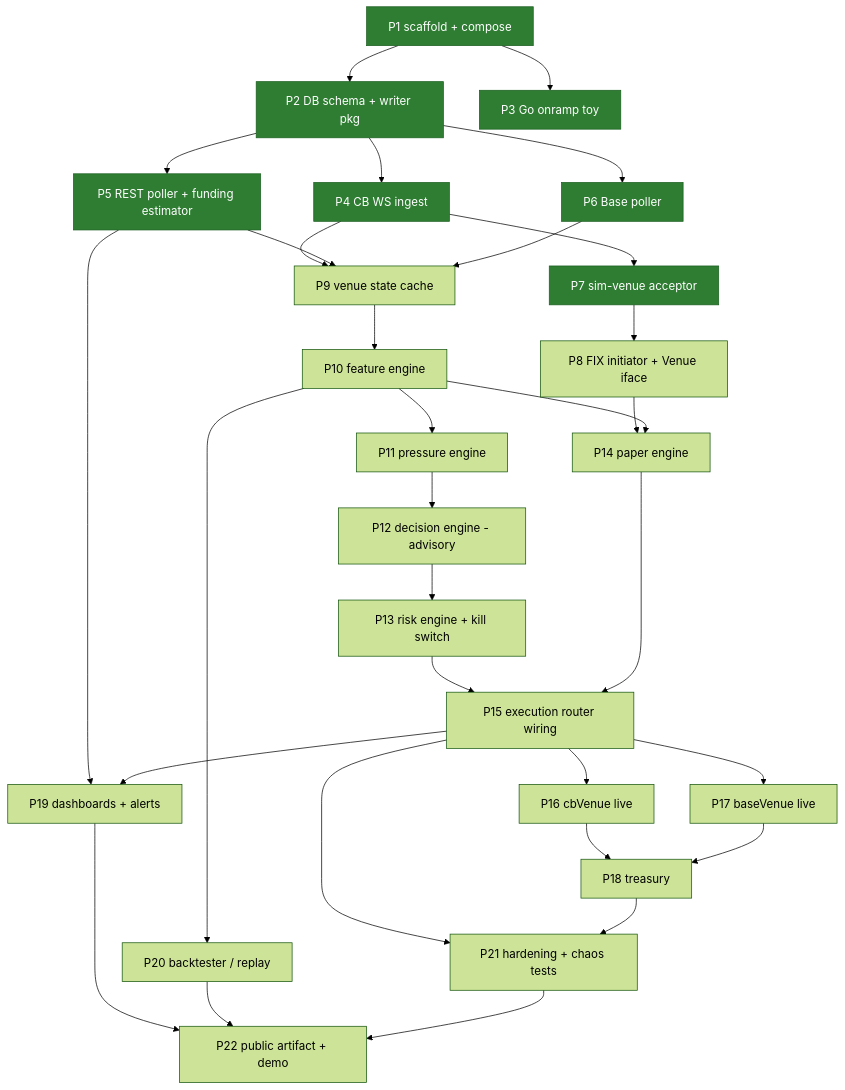
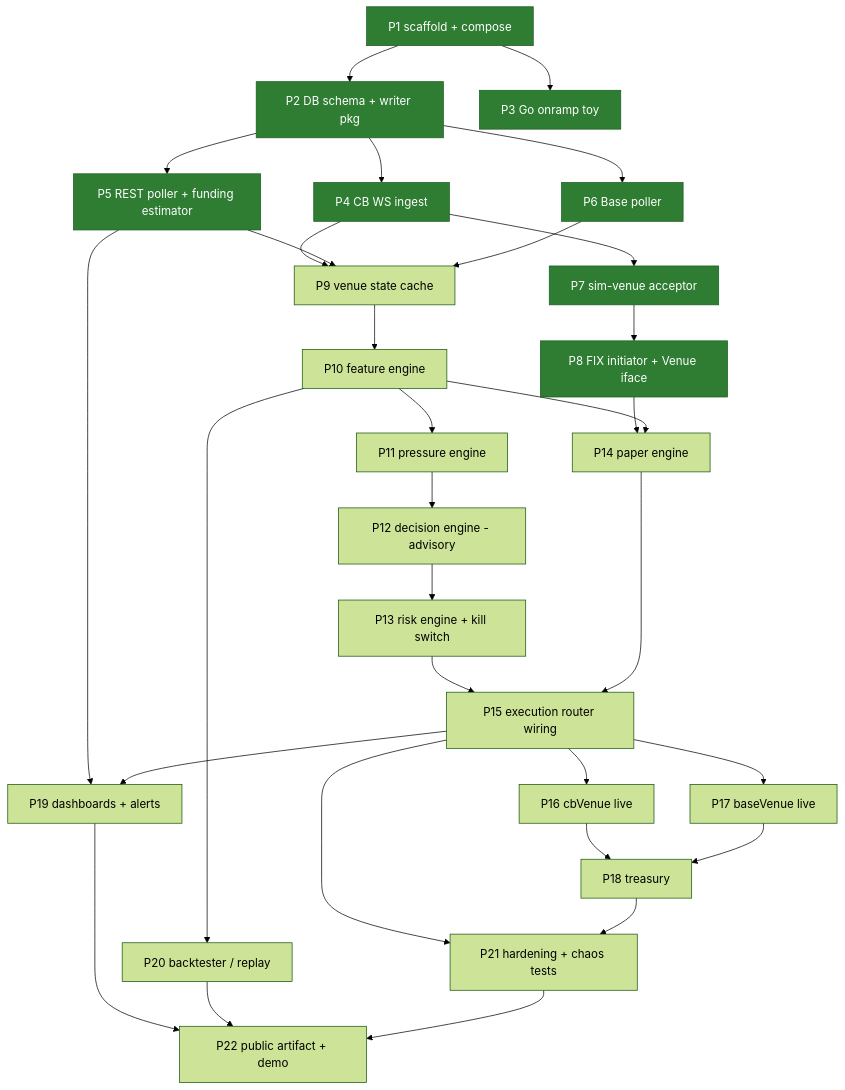
The diagram in docs/build-plan.md (Jason-Dorman/funding-carry), drawn with Mermaid (forest theme) before and after one commit. The commit also changed other lines of this file and 44 other files, not shown here.

````diff
--- a/docs/build-plan.md
+++ b/docs/build-plan.md
@@ -20,36 +20,36 @@
 ```mermaid
 graph TD
     P1[P1 scaffold + compose] --> P2[P2 DB schema + writer pkg]
     P1 --> P3[P3 Go onramp toy]
     P2 --> P4[P4 CB WS ingest]
     P2 --> P5[P5 REST poller + funding estimator]
     P2 --> P6[P6 Base poller]
     P4 --> P7[P7 sim-venue acceptor]
     P7 --> P8[P8 FIX initiator + Venue iface]
     P4 --> P9[P9 venue state cache]
     P5 --> P9
     P6 --> P9
     P9 --> P10[P10 feature engine]
     P10 --> P11[P11 pressure engine]
     P11 --> P12[P12 decision engine - advisory]
     P12 --> P13[P13 risk engine + kill switch]
     P8 --> P14[P14 paper engine]
     P10 --> P14
     P13 --> P15[P15 execution router wiring]
     P14 --> P15
     P15 --> P16[P16 cbVenue live]
     P15 --> P17[P17 baseVenue live]
     P16 --> P18[P18 treasury]
     P17 --> P18
     P5 --> P19[P19 dashboards + alerts]
     P15 --> P19
     P10 --> P20[P20 backtester / replay]
     P15 --> P21[P21 hardening + chaos tests]
     P18 --> P21
     P19 --> P22[P22 public artifact + demo]
     P20 --> P22
     P21 --> P22
 
     classDef done fill:#2e7d32,stroke:#1b5e20,color:#ffffff
-    class P1,P2,P3,P4,P5,P6,P7 done
+    class P1,P2,P3,P4,P5,P6,P7,P8 done
 ```
````
